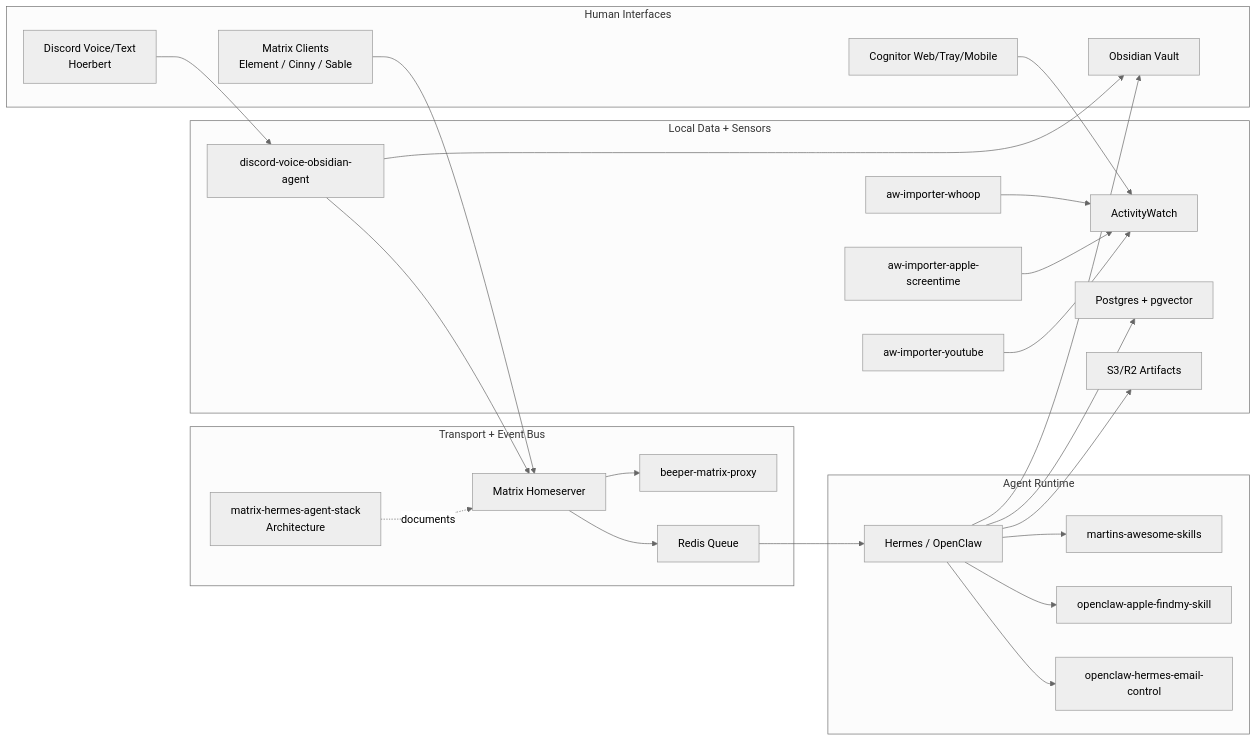
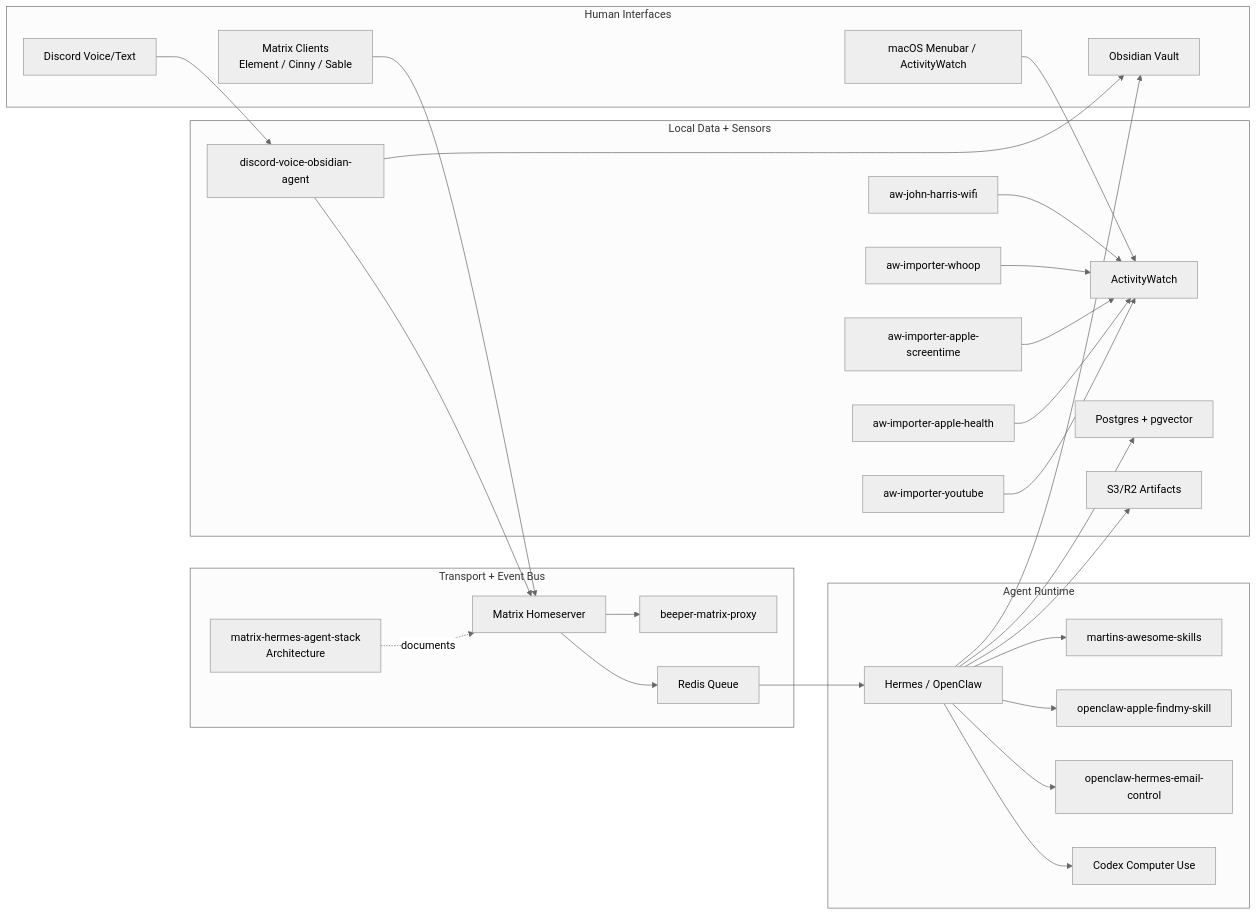
One commit to Martin-Hausleitner/credo changed the second of 2 diagrams in README.md. Above: the diagram before and after it, drawn with Mermaid (neutral theme). The commit also changed other lines of this file and 1 other file, not shown here.

````diff
--- a/README.md
+++ b/README.md
@@ -152,52 +199,58 @@
 ```mermaid
 flowchart LR
   subgraph Interfaces["Human Interfaces"]
     MatrixClient["Matrix Clients<br/>Element / Cinny / Sable"]
-    Discord["Discord Voice/Text<br/>Hoerbert"]
+    Discord["Discord Voice/Text"]
     Obsidian["Obsidian Vault"]
-    Cognitor["Cognitor Web/Tray/Mobile"]
+    Menubar["macOS Menubar / ActivityWatch"]
   end
 
   subgraph Transport["Transport + Event Bus"]
     MatrixRepo["matrix-hermes-agent-stack<br/>Architecture"]
     Matrix["Matrix Homeserver"]
     BeeperProxy["beeper-matrix-proxy"]
     Redis["Redis Queue"]
   end
 
   subgraph Agents["Agent Runtime"]
     Hermes["Hermes / OpenClaw"]
     Skills["martins-awesome-skills"]
     FindMy["openclaw-apple-findmy-skill"]
     EmailCtrl["openclaw-hermes-email-control"]
+    ComputerUse["Codex Computer Use"]
   end
 
   subgraph Data["Local Data + Sensors"]
     ActivityWatch["ActivityWatch"]
+    Presence["aw-john-harris-wifi"]
     Whoop["aw-importer-whoop"]
     ScreenTime["aw-importer-apple-screentime"]
+    AppleHealth["aw-importer-apple-health"]
     YouTube["aw-importer-youtube"]
-    Hoerbert["discord-voice-obsidian-agent"]
+    Voice["discord-voice-obsidian-agent"]
     Pg["Postgres + pgvector"]
     S3["S3/R2 Artifacts"]
   end
 
   MatrixClient --> Matrix
-  Discord --> Hoerbert
-  Cognitor --> ActivityWatch
+  Discord --> Voice
+  Menubar --> ActivityWatch
   Matrix --> BeeperProxy
   Matrix --> Redis
   Redis --> Hermes
   Hermes --> Skills
   Hermes --> FindMy
   Hermes --> EmailCtrl
+  Hermes --> ComputerUse
   Hermes --> Obsidian
   Hermes --> Pg
   Hermes --> S3
+  Presence --> ActivityWatch
   Whoop --> ActivityWatch
   ScreenTime --> ActivityWatch
+  AppleHealth --> ActivityWatch
   YouTube --> ActivityWatch
-  Hoerbert --> Obsidian
-  Hoerbert --> Matrix
+  Voice --> Obsidian
+  Voice --> Matrix
   MatrixRepo -.documents.-> Matrix
 ```
````
